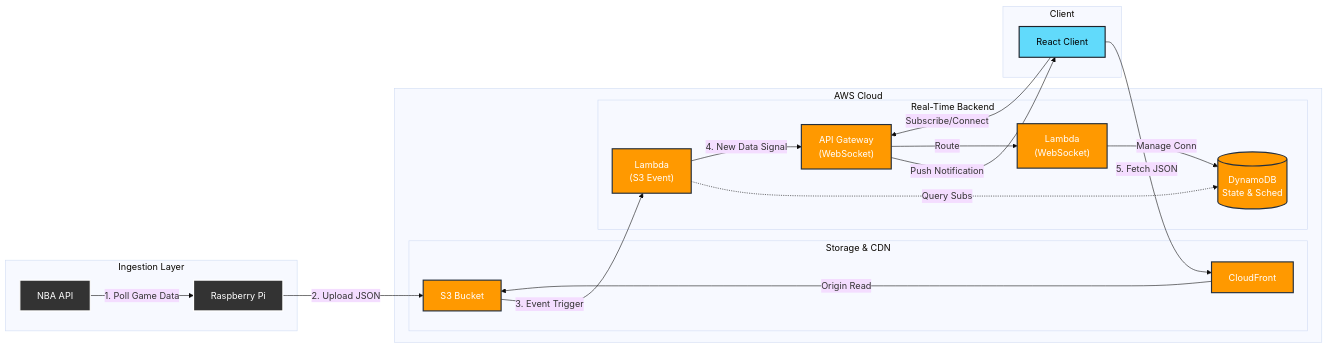
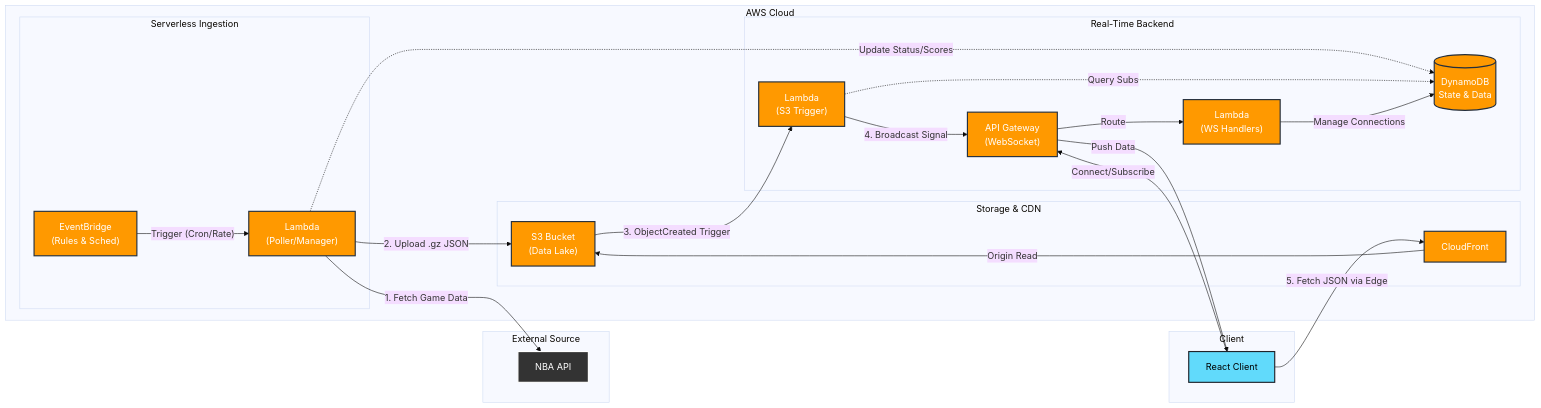
The diagram in README.md (eaganro/MinutesMap), drawn with Mermaid (base theme) before and after one commit. The commit also changed other lines of this file, not shown here.

Commit message:
Update README architecture diagram, terraform, and data ingestion flow

````diff
--- a/README.md
+++ b/README.md
@@ -19,49 +19,57 @@
 ```mermaid
 flowchart LR
     %% Styling
     classDef aws fill:#FF9900,stroke:#232F3E,stroke-width:2px,color:white;
     classDef client fill:#61DAFB,stroke:#20232a,stroke-width:2px,color:black;
     classDef ext fill:#333,stroke:#fff,stroke-width:2px,color:white;
 
-    subgraph Ingestion [Ingestion Layer]
+    subgraph External [External Source]
         NBA["NBA API"]:::ext
-        RPi["Raspberry Pi"]:::ext
     end
 
     subgraph AWS [AWS Cloud]
+        subgraph Ingestion [Serverless Ingestion]
+            EB["EventBridge<br/>(Rules & Sched)"]:::aws
+            L_Poller["Lambda<br/>(Poller/Manager)"]:::aws
+        end
+
         subgraph Storage [Storage & CDN]
-            S3["S3 Bucket"]:::aws
+            S3["S3 Bucket<br/>(Data Lake)"]:::aws
             CF["CloudFront"]:::aws
         end
 
         subgraph Backend [Real-Time Backend]
-            L_Event["Lambda<br/>(S3 Event)"]:::aws
-            L_WS["Lambda<br/>(WebSocket)"]:::aws
+            L_Event["Lambda<br/>(S3 Trigger)"]:::aws
+            L_WS["Lambda<br/>(WS Handlers)"]:::aws
             APIG["API Gateway<br/>(WebSocket)"]:::aws
-            DDB[("DynamoDB<br/>State & Sched")]:::aws
+            DDB[("DynamoDB<br/>State & Data")]:::aws
         end
     end
 
     subgraph Frontend [Client]
         Browser["React Client"]:::client
     end
 
-    %% Data Flow Steps
-    NBA -- 1. Poll Game Data --> RPi
-    RPi -- 2. Upload JSON --> S3
-    S3 -- 3. Event Trigger --> L_Event
-    
-    %% Notification Flow
+    %% --- Data Flow Steps ---
+
+    %% 1. Polling & Ingestion Flow (The new part)
+    EB -- Trigger (Cron/Rate) --> L_Poller
+    L_Poller -- 1. Fetch Game Data --> NBA
+    L_Poller -- 2. Upload .gz JSON --> S3
+    L_Poller -. Update Status/Scores .-> DDB
+
+    %% 2. Real-Time Notification Flow
+    S3 -- 3. ObjectCreated Trigger --> L_Event
     L_Event -. Query Subs .-> DDB
-    L_Event -- 4. New Data Signal --> APIG
-    APIG -- Push Notification --> Browser
+    L_Event -- 4. Broadcast Signal --> APIG
+    APIG -- Push Data --> Browser
 
-    %% Fetch Flow
-    Browser -- 5. Fetch JSON --> CF
+    %% 3. Client Access Flow
+    Browser -- 5. Fetch JSON via Edge --> CF
     CF -- Origin Read --> S3
 
-    %% Connection Flow
-    Browser -- Subscribe/Connect --> APIG
+    %% 4. WebSocket Connection Flow
+    Browser -- Connect/Subscribe --> APIG
     APIG -- Route --> L_WS
-    L_WS -- Manage Conn --> DDB
+    L_WS -- Manage Connections --> DDB
 ```
````
